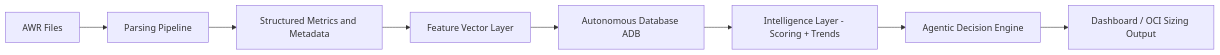
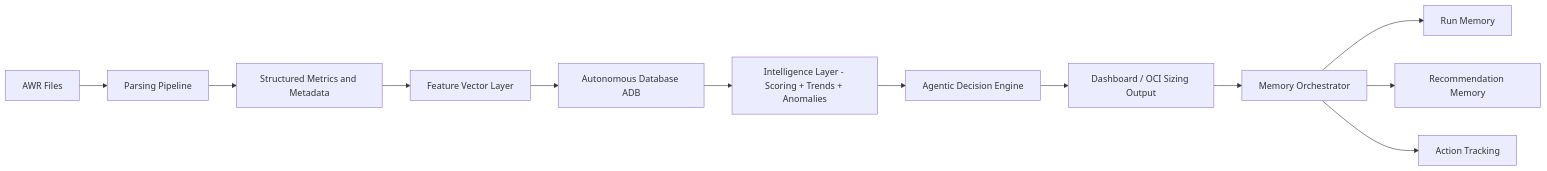
Before and after one commit to PeterR-ORCL/agentic-ai-awr-advisor: the first of 4 diagrams in README.md, drawn with Mermaid. The commit also changed other lines of this file, not shown here.

Commit message:
README: update to tags and AWR Diagram

````diff
--- a/README.md
+++ b/README.md
@@ -150,10 +156,14 @@
 ```mermaid
 flowchart LR
     A[AWR Files] --> B[Parsing Pipeline]
     B --> C[Structured Metrics and Metadata]
     C --> D[Feature Vector Layer]
     D --> E[Autonomous Database ADB]
-    E --> F[Intelligence Layer - Scoring + Trends]
+    E --> F[Intelligence Layer - Scoring + Trends + Anomalies]
     F --> G[Agentic Decision Engine]
     G --> H[Dashboard / OCI Sizing Output]
+    H --> I[Memory Orchestrator]
+    I --> J[Run Memory]
+    I --> K[Recommendation Memory]
+    I --> L[Action Tracking]
 ```
````
